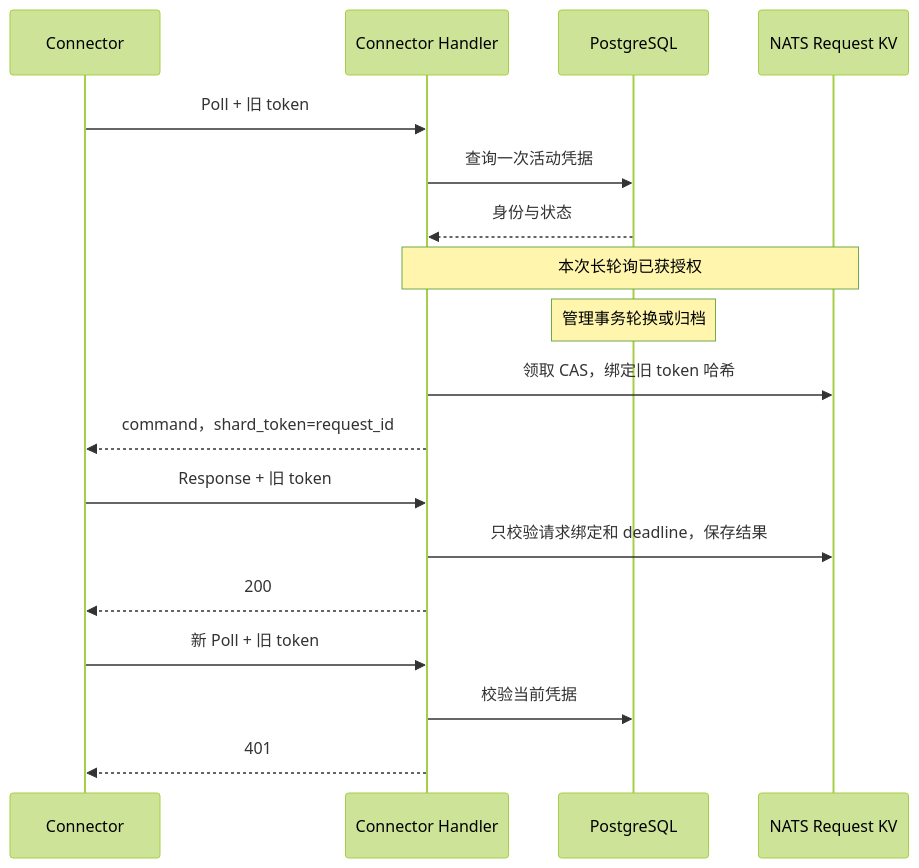
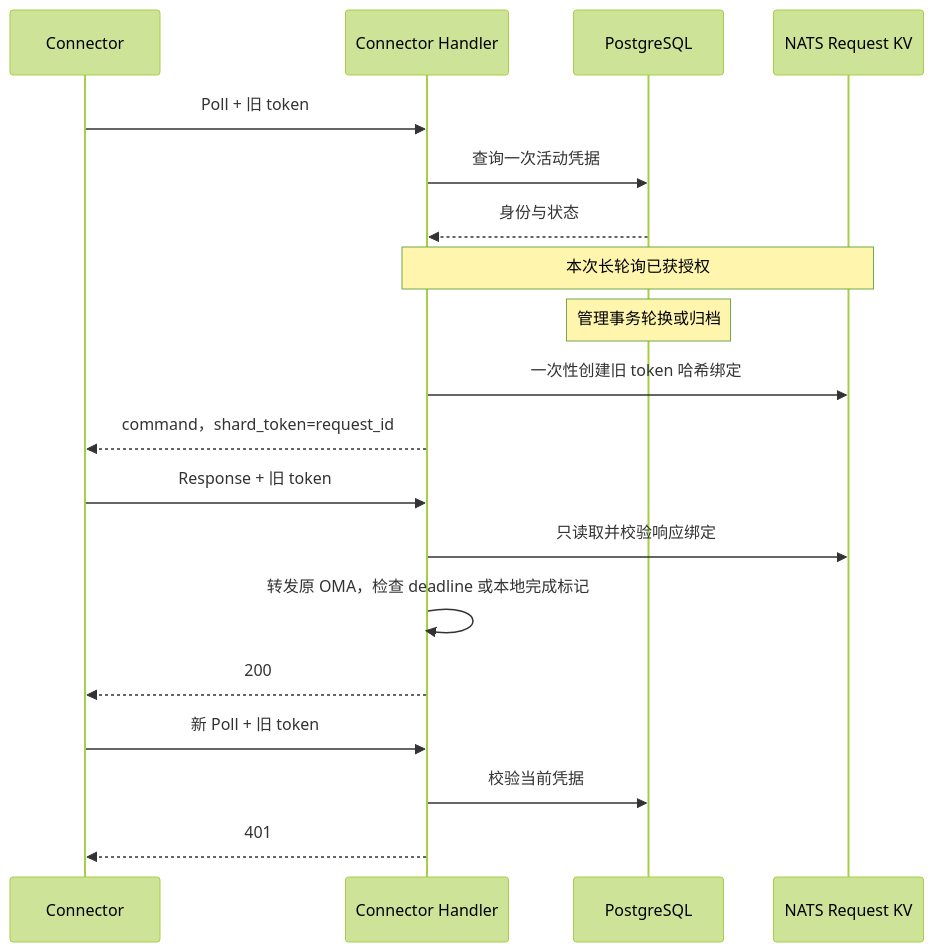
The fifth of 5 diagrams in docs/design/be/mcp-tunnels.md (superduck-ai/open-managed-agents), drawn with Mermaid (forest theme) before and after one commit. The commit also changed other lines of this file and 36 other files, not shown here.

````diff
--- a/docs/design/be/mcp-tunnels.md
+++ b/docs/design/be/mcp-tunnels.md
@@ -259,20 +306,21 @@
 ```mermaid
 sequenceDiagram
     participant C as Connector
     participant H as Connector Handler
     participant DB as PostgreSQL
     participant N as NATS Request KV
     C->>H: Poll + 旧 token
     H->>DB: 查询一次活动凭据
     DB-->>H: 身份与状态
     Note over H,N: 本次长轮询已获授权
     Note over DB: 管理事务轮换或归档
-    H->>N: 领取 CAS，绑定旧 token 哈希
+    H->>N: 一次性创建旧 token 哈希绑定
     H-->>C: command，shard_token=request_id
     C->>H: Response + 旧 token
-    H->>N: 只校验请求绑定和 deadline，保存结果
+    H->>N: 只读取并校验响应绑定
+    H->>H: 转发原 OMA，检查 deadline 或本地完成标记
     H-->>C: 200
     C->>H: 新 Poll + 旧 token
     H->>DB: 校验当前凭据
     H-->>C: 401
 ```
````
